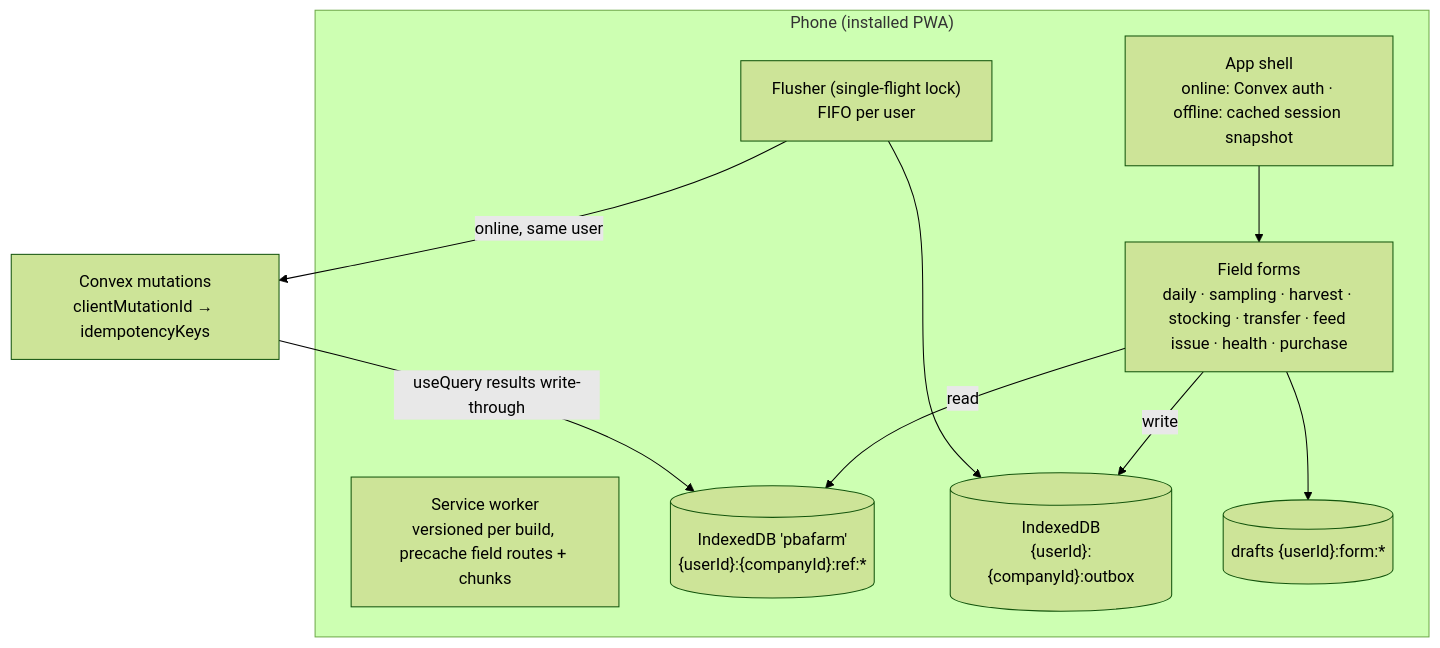
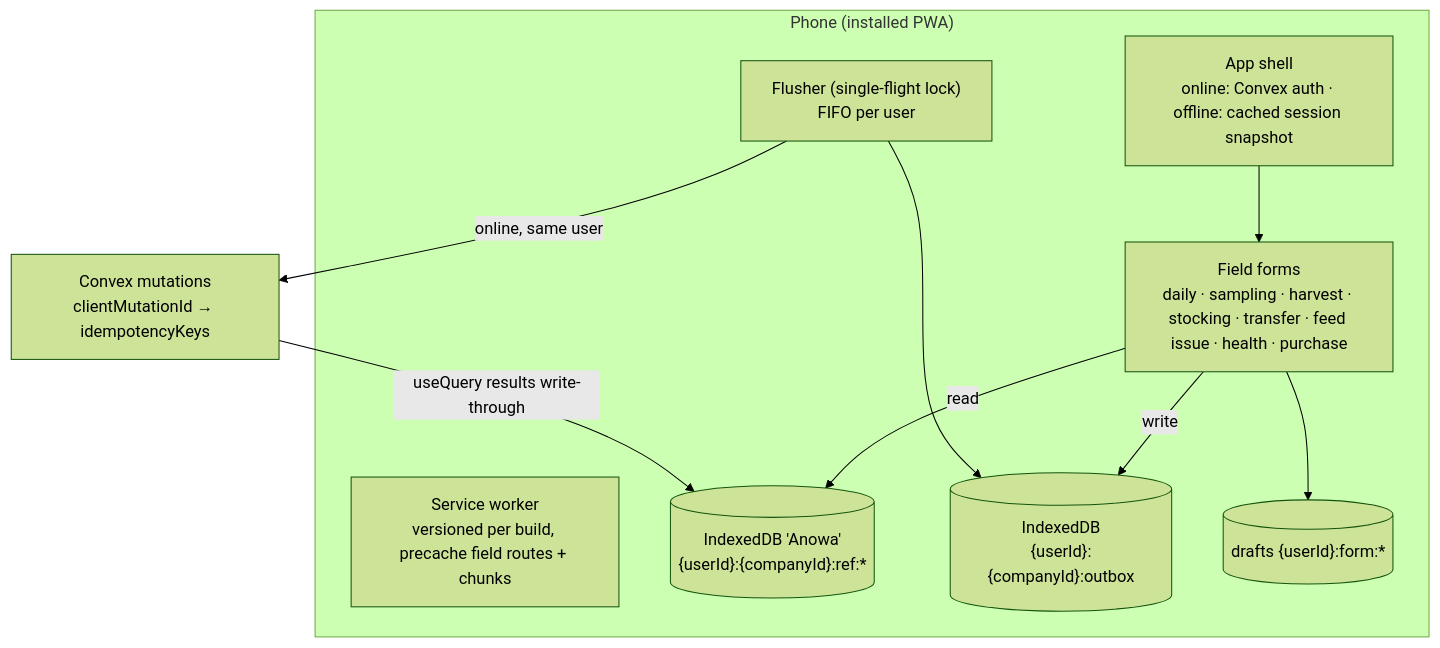
Before and after one commit to isaackumi/pbafarm: the diagram in docs/architecture/08-mobile-and-offline-architecture.md, drawn with Mermaid (forest theme). The commit also changed other lines of this file and 19 other files, not shown here.

````diff
--- a/docs/architecture/08-mobile-and-offline-architecture.md
+++ b/docs/architecture/08-mobile-and-offline-architecture.md
@@ -23,20 +23,20 @@
 ```mermaid
 flowchart TB
   subgraph Device["Phone (installed PWA)"]
     SW["Service worker<br/>versioned per build, precache field routes + chunks"]
     SHELL["App shell<br/>online: Convex auth · offline: cached session snapshot"]
     FORMS["Field forms<br/>daily · sampling · harvest · stocking · transfer · feed issue · health · purchase"]
-    REF[("IndexedDB 'pbafarm'<br/>{userId}:{companyId}:ref:*")]
+    REF[("IndexedDB 'Anowa'<br/>{userId}:{companyId}:ref:*")]
     OB[("IndexedDB<br/>{userId}:{companyId}:outbox")]
     DRAFT[("drafts {userId}:form:*")]
     FLUSH["Flusher (single-flight lock)<br/>FIFO per user"]
   end
   CONVEX["Convex mutations<br/>clientMutationId → idempotencyKeys"]
   SHELL --> FORMS
   FORMS -->|read| REF
   FORMS -->|write| OB
   FORMS --> DRAFT
   FLUSH --> OB
   FLUSH -->|"online, same user"| CONVEX
   CONVEX -->|"useQuery results write-through"| REF
 ```
````
